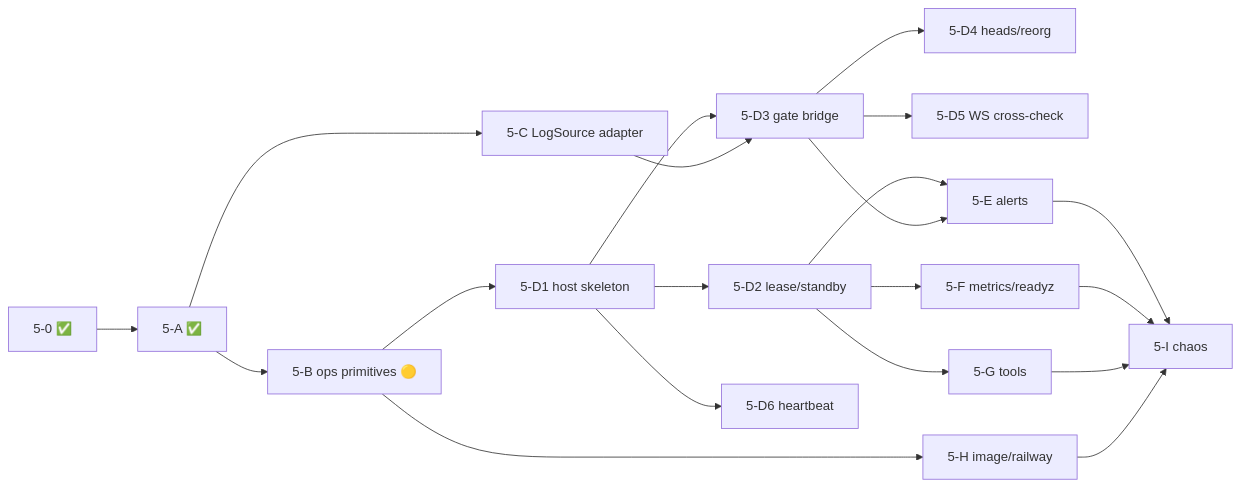
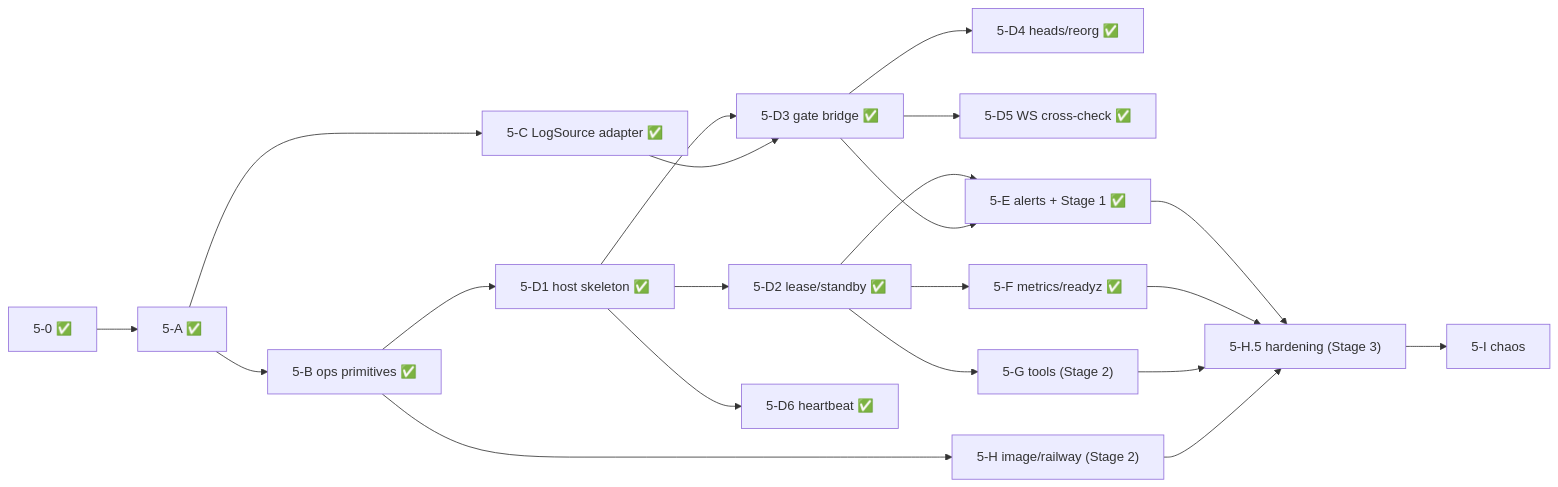
One commit to groai-fi/evm_cpp_listener changed the diagram in doc/implmentation_plans/90_phase5_readiness_and_tasks.md. Above: the diagram before and after it, drawn with Mermaid. The commit also changed other lines of this file and 1 other file, not shown here.

First line of the commit message:
docs(plan): record 5-E stage-1 review fixes and 5-F metrics/readyz results

````diff
--- a/doc/implmentation_plans/90_phase5_readiness_and_tasks.md
+++ b/doc/implmentation_plans/90_phase5_readiness_and_tasks.md
@@ -169,22 +184,23 @@
 ```mermaid
 graph LR
   P0["5-0 ✅"] --> A["5-A ✅"]
-  A --> B["5-B ops primitives 🟡"]
-  A --> C["5-C LogSource adapter"]
-  B --> D1["5-D1 host skeleton"]
-  D1 --> D2["5-D2 lease/standby"]
-  D1 --> D3["5-D3 gate bridge"]
+  A --> B["5-B ops primitives ✅"]
+  A --> C["5-C LogSource adapter ✅"]
+  B --> D1["5-D1 host skeleton ✅"]
+  D1 --> D2["5-D2 lease/standby ✅"]
+  D1 --> D3["5-D3 gate bridge ✅"]
   C --> D3
-  D3 --> D4["5-D4 heads/reorg"]
-  D3 --> D5["5-D5 WS cross-check"]
-  D1 --> D6["5-D6 heartbeat"]
-  D2 --> E["5-E alerts"]
+  D3 --> D4["5-D4 heads/reorg ✅"]
+  D3 --> D5["5-D5 WS cross-check ✅"]
+  D1 --> D6["5-D6 heartbeat ✅"]
+  D2 --> E["5-E alerts + Stage 1 ✅"]
   D3 --> E
-  D2 --> F["5-F metrics/readyz"]
-  D2 --> G["5-G tools"]
-  B --> H["5-H image/railway"]
-  E --> I["5-I chaos"]
-  F --> I
-  G --> I
-  H --> I
+  D2 --> F["5-F metrics/readyz ✅"]
+  D2 --> G["5-G tools (Stage 2)"]
+  B --> H["5-H image/railway (Stage 2)"]
+  E --> H5["5-H.5 hardening (Stage 3)"]
+  F --> H5
+  G --> H5
+  H --> H5
+  H5 --> I["5-I chaos"]
 ```
````
